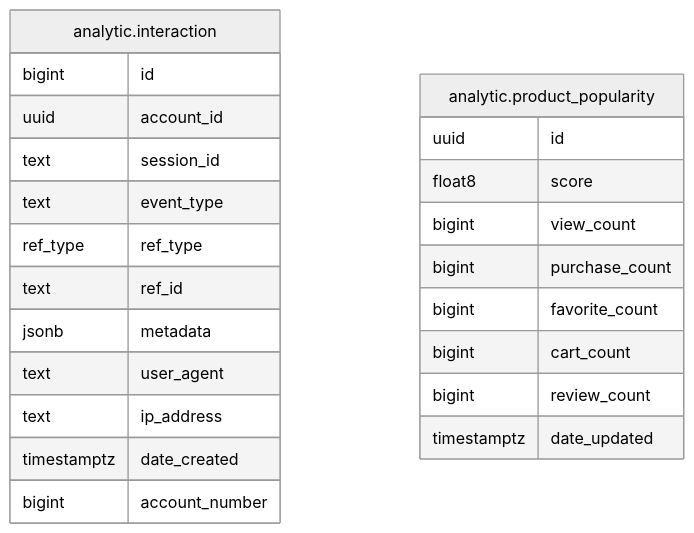
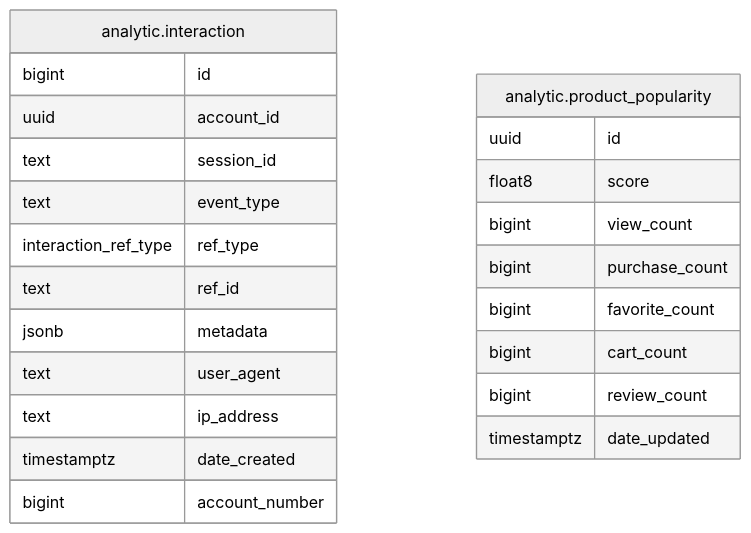
The diagram in internal/module/analytic/README.md (shopnexus/shopnexus-server), drawn with Mermaid (neutral theme) before and after one commit. The commit also changed other lines of this file and 12 other files, not shown here.

Commit message:
add generating mermaid script & update all readmes

````diff
--- a/internal/module/analytic/README.md
+++ b/internal/module/analytic/README.md
@@ -75,26 +12,27 @@
 ```mermaid
 erDiagram
+
 "analytic.interaction" {
   bigint id
   uuid account_id
   text session_id
   text event_type
-  ref_type ref_type
+  interaction_ref_type ref_type
   text ref_id
   jsonb metadata
   text user_agent
   text ip_address
   timestamptz date_created
   bigint account_number
 }
 "analytic.product_popularity" {
   uuid id
   float8 score
   bigint view_count
   bigint purchase_count
   bigint favorite_count
   bigint cart_count
   bigint review_count
   timestamptz date_updated
 }
 ```
````
